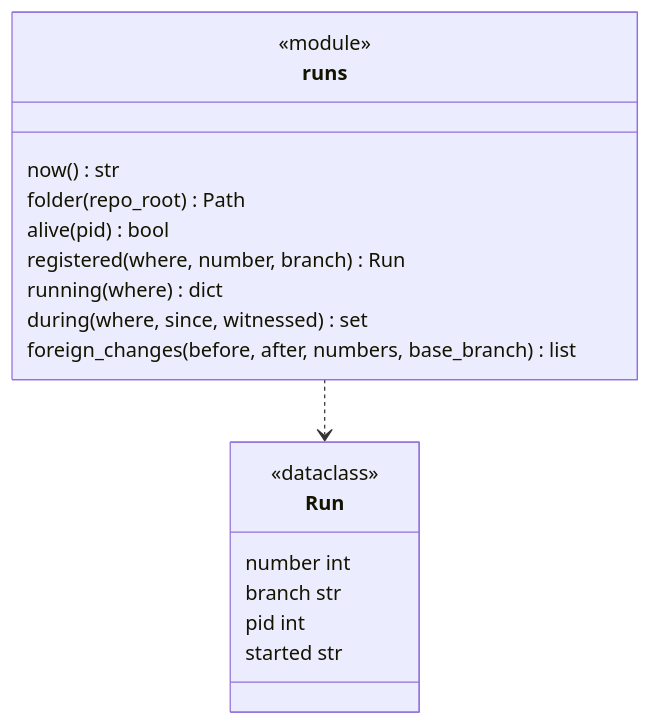
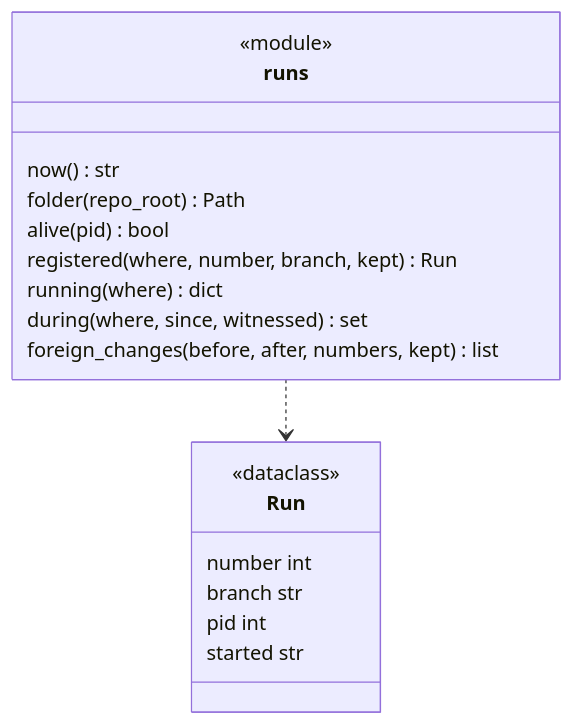
Before and after one commit to plaplanche/ariane: the second of 3 diagrams in docs/architecture/modules/runs.md, drawn with Mermaid. The commit also changed other lines of this file and 9 other files, not shown here.

````diff
--- a/docs/architecture/modules/runs.md
+++ b/docs/architecture/modules/runs.md
@@ -49,21 +49,21 @@
 ```mermaid
 classDiagram
 class Run {
   <<dataclass>>
   number int
   branch str
   pid int
   started str
 }
 class runs {
   <<module>>
   now() str
   folder(repo_root) Path
   alive(pid) bool
-  registered(where, number, branch) Run
+  registered(where, number, branch, kept) Run
   running(where) dict
   during(where, since, witnessed) set
-  foreign_changes(before, after, numbers, base_branch) list
+  foreign_changes(before, after, numbers, kept) list
 }
 runs ..> Run
 ```
````
